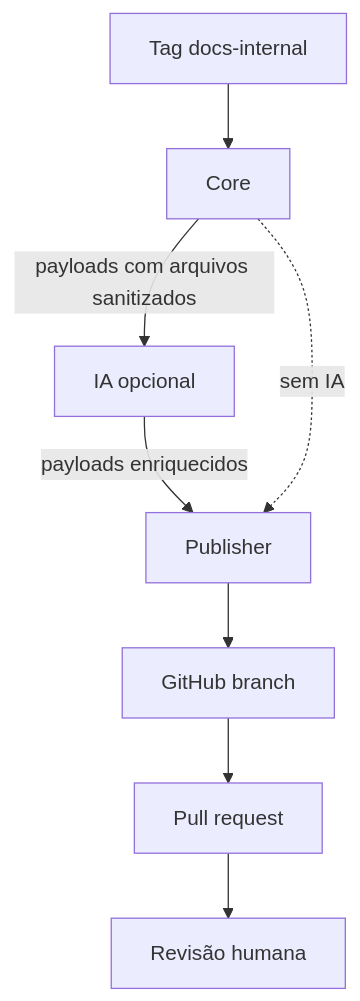
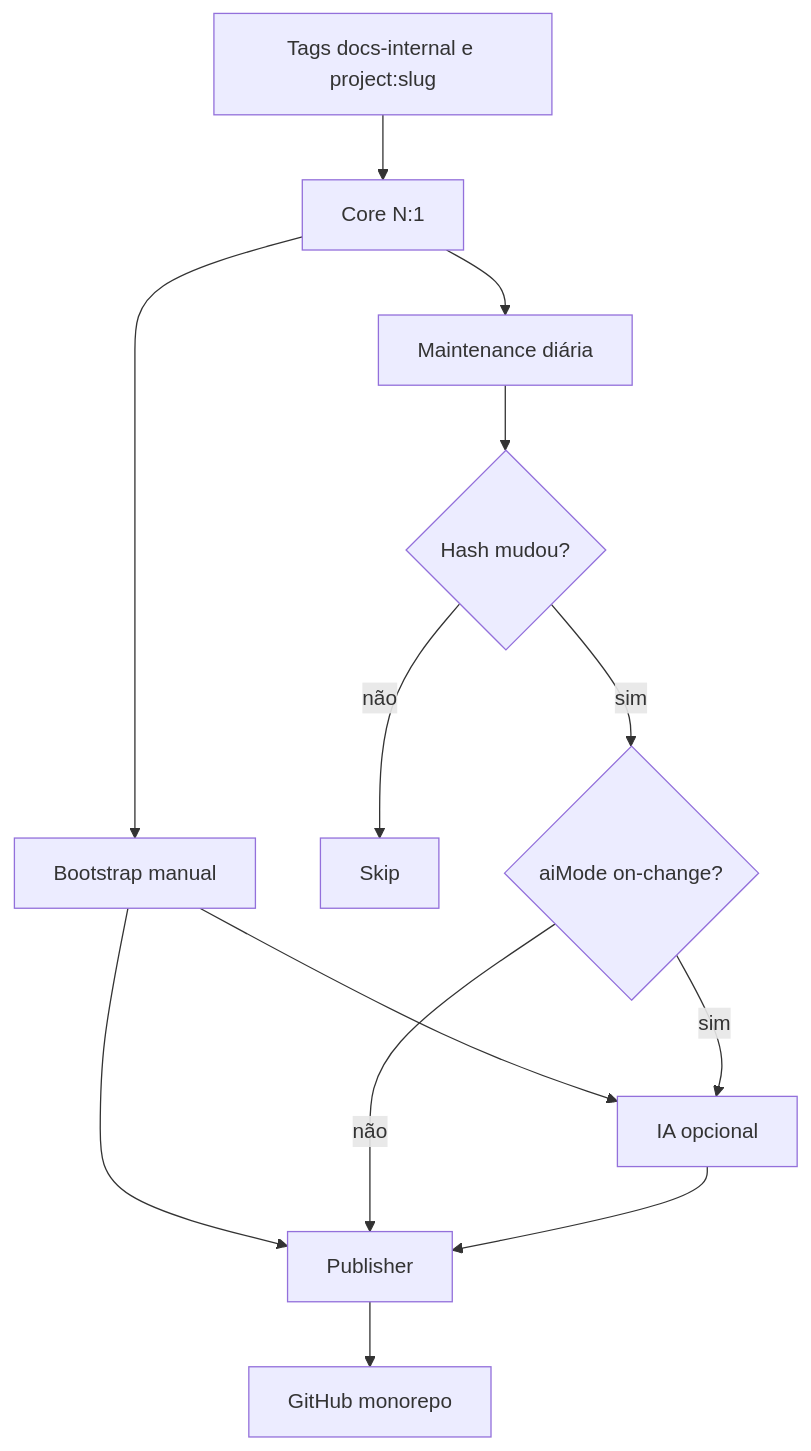
One commit to jhvlima/n8n-workflows changed the diagram in docs/ARCHITECTURE.md. Above: the diagram before and after it, drawn with Mermaid. The commit also changed other lines of this file and 14 other files, not shown here.

Commit message:
feat: split documentation bootstrap and maintenance

````diff
--- a/docs/ARCHITECTURE.md
+++ b/docs/ARCHITECTURE.md
@@ -7,11 +5,15 @@
 ```mermaid
 flowchart TD
-    T[Tag docs-internal] --> C[Core]
-    C -->|payloads com arquivos sanitizados| A[IA opcional]
-    A -->|payloads enriquecidos| P[Publisher]
-    P --> G[GitHub branch]
-    G --> R[Pull request]
-    R --> H[Revisão humana]
-
-    C -. sem IA .-> P
+    T[Tags docs-internal e project:slug] --> C[Core N:1]
+    C --> B[Bootstrap manual]
+    C --> M[Maintenance diária]
+    B --> A[IA opcional]
+    B --> P[Publisher]
+    M --> D{Hash mudou?}
+    D -->|não| S[Skip]
+    D -->|sim| O{aiMode on-change?}
+    O -->|sim| A
+    O -->|não| P
+    A --> P
+    P --> G[GitHub monorepo]
 ```
````
